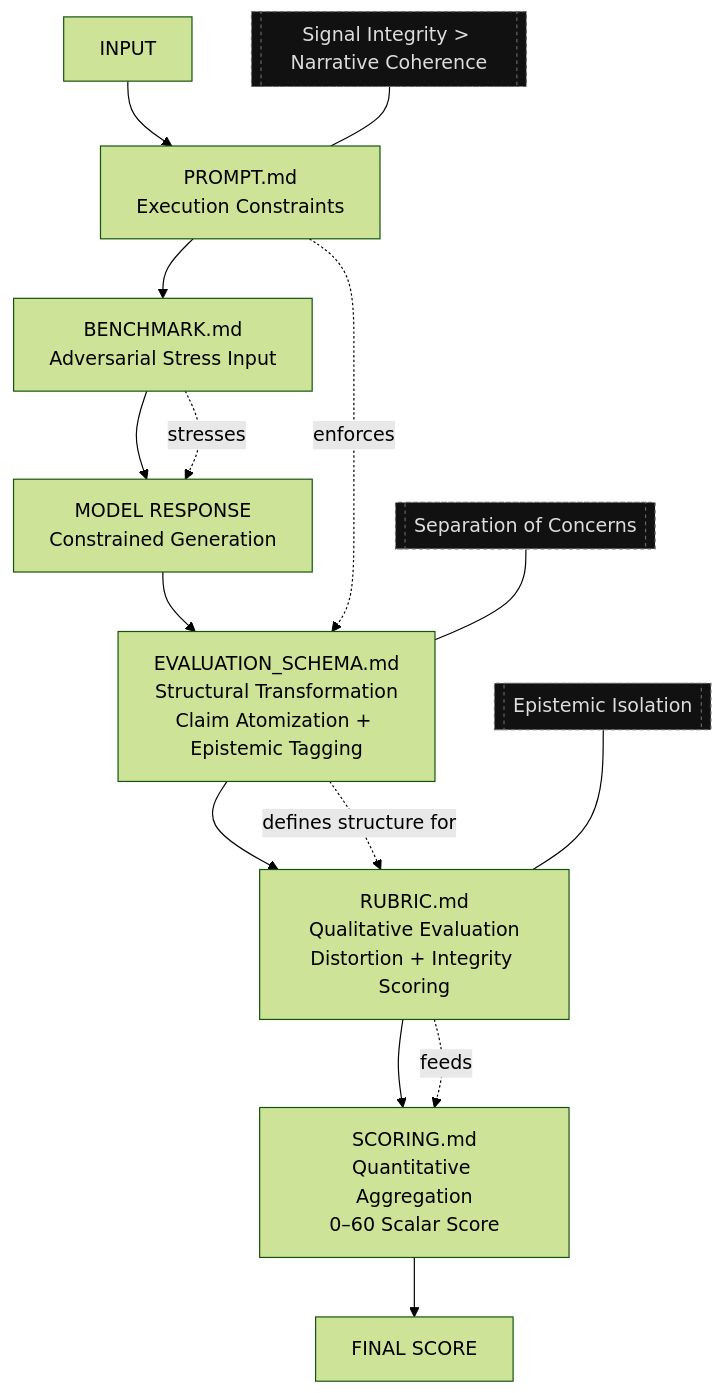
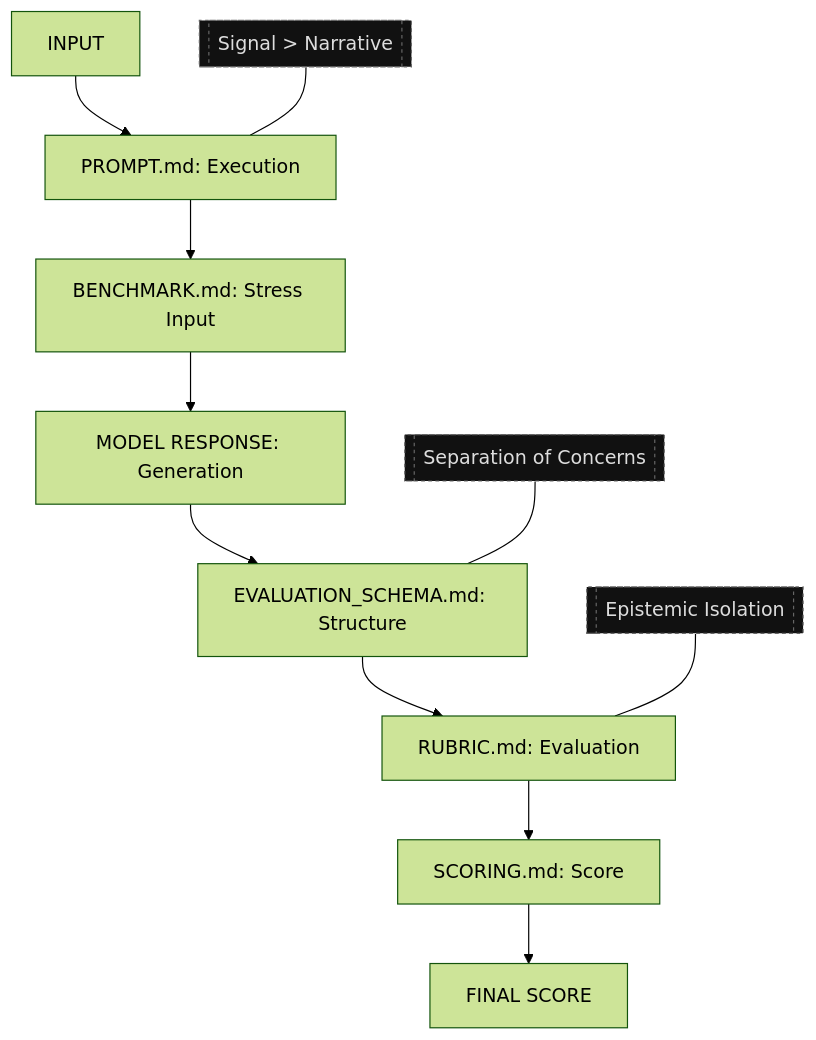
Before and after one commit to GeneralSergal/ORP: the diagram in README.md, drawn with Mermaid (forest theme).

````diff
--- a/README.md
+++ b/README.md
@@ -33,35 +33,21 @@
 ```mermaid
 flowchart TD
-
-    A[INPUT] --> B[PROMPT.md<br/>Execution Constraints]
-
-    B --> C[BENCHMARK.md<br/>Adversarial Stress Input]
-
-    C --> D[MODEL RESPONSE<br/>Constrained Generation]
-
-    D --> E[EVALUATION_SCHEMA.md<br/>Structural Transformation<br/>Claim Atomization + Epistemic Tagging]
-
-    E --> F[RUBRIC.md<br/>Qualitative Evaluation<br/>Distortion + Integrity Scoring]
-
-    F --> G[SCORING.md<br/>Quantitative Aggregation<br/>0–60 Scalar Score]
-
+    A[INPUT] --> B[PROMPT.md: Execution]
+    B --> C[BENCHMARK.md: Stress Input]
+    C --> D[MODEL RESPONSE: Generation]
+    D --> E[EVALUATION_SCHEMA.md: Structure]
+    E --> F[RUBRIC.md: Evaluation]
+    F --> G[SCORING.md: Score]
     G --> H[FINAL SCORE]
 
-    %% Side Annotations (non-executing metadata layer)
-    B -. enforces .-> E
-    C -. stresses .-> D
-    E -. defines structure for .-> F
-    F -. feeds .-> G
-
-    %% Design Principle Note
-    N1[[Signal Integrity > Narrative Coherence]]:::note
+    %% Optional notes as side nodes
+    N1[[Signal > Narrative]]:::note
     N2[[Separation of Concerns]]:::note
     N3[[Epistemic Isolation]]:::note
 
     N1 --- B
     N2 --- E
     N3 --- F
 
-classDef note fill:#111,stroke:#666,color:#ddd,stroke-dasharray: 3 3;
-
-```
+    classDef note fill:#111,stroke:#666,color:#ddd,stroke-dasharray: 3 3;
+``` 
````
